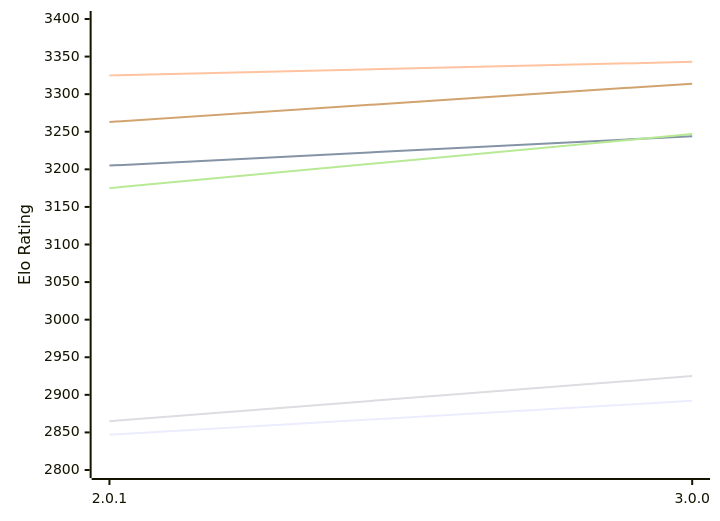
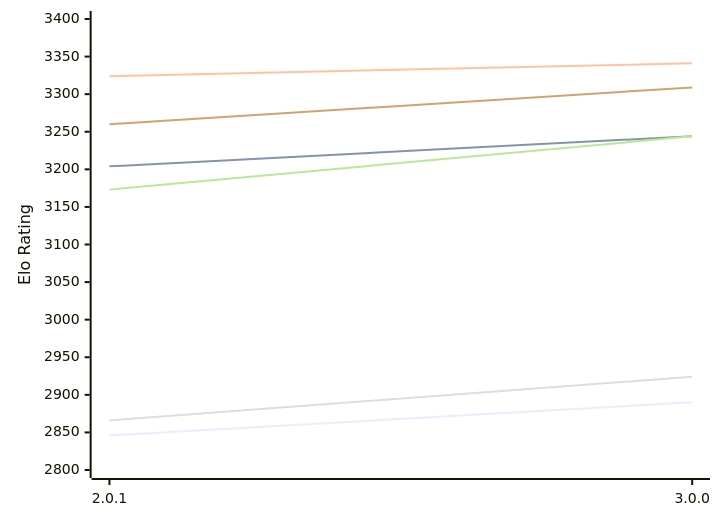
The first of 2 diagrams in engines/Grail.md (computer-chess-index/cci), drawn with Mermaid before and after one commit. The commit also changed other lines of this file, not shown here.

Commit message:
Update CCI Ratings (ELO VLTC) - 2026-11-19

````diff
--- a/engines/Grail.md
+++ b/engines/Grail.md
@@ -56,12 +56,12 @@
 ```mermaid
 %%{init: {"theme":"base","themeVariables":{"seriesColors:['#a3a3a3','#222221','#faa371']}}}%%
 xychart-beta
   x-axis ["2.0.1", "3.0.0"]
   y-axis "Elo Rating" 2800 --> 3400
-  line "E1: STC (8.0+0.08s)" [2847, 2892]
-  line "E1: LTC (60.0+0.60s)" [3205, 3244]
-  line "E1: VLTC (2m24s+1.12s)" [3325, 3343]
-  line "P1: STC (8.0+0.08s)" [2865, 2925]
-  line "P1: LTC (60.0+0.60s)" [3175, 3247]
-  line "P1: VLTC (2m24s+1.12s)" [3263, 3314]
+  line "E1: STC (8.0+0.08s)" [2846, 2890]
+  line "E1: LTC (60.0+0.60s)" [3204, 3244]
+  line "E1: VLTC (2m24s+1.12s)" [3324, 3341]
+  line "P1: STC (8.0+0.08s)" [2866, 2924]
+  line "P1: LTC (60.0+0.60s)" [3173, 3244]
+  line "P1: VLTC (2m24s+1.12s)" [3260, 3309]
 ```
````
